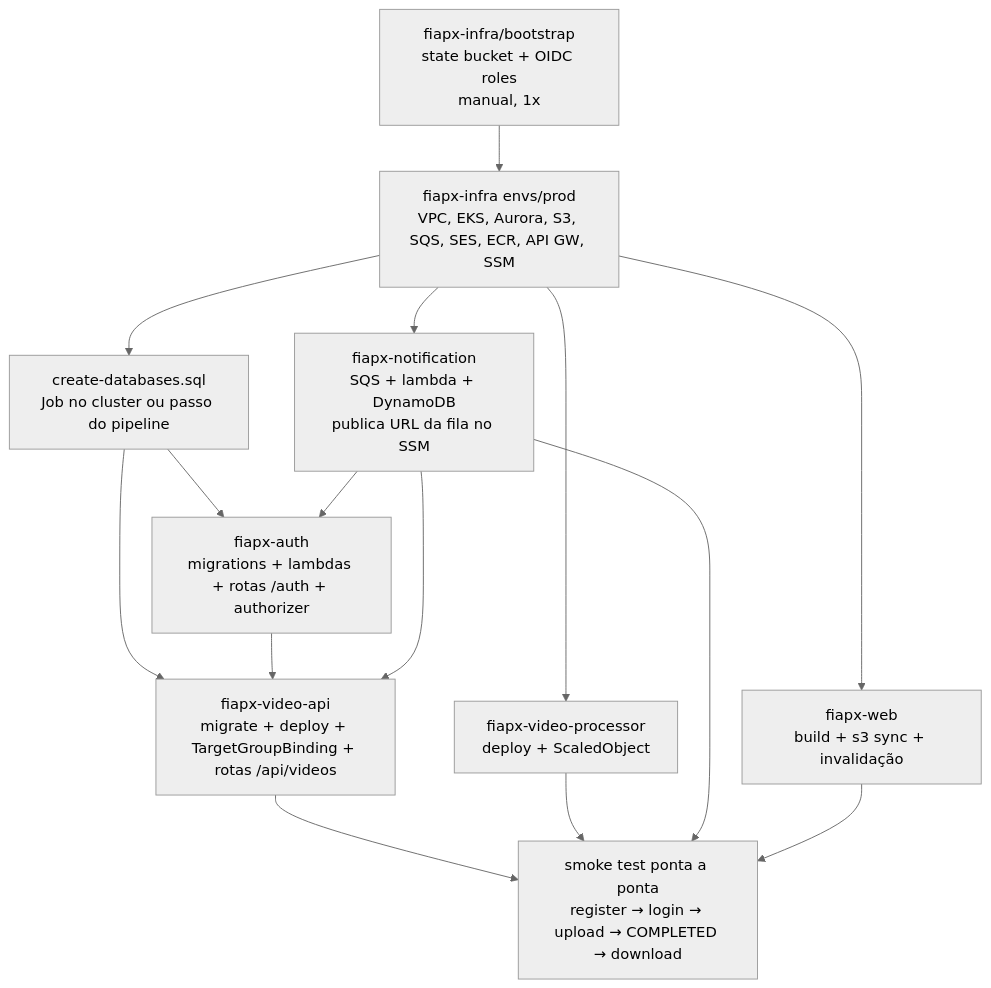
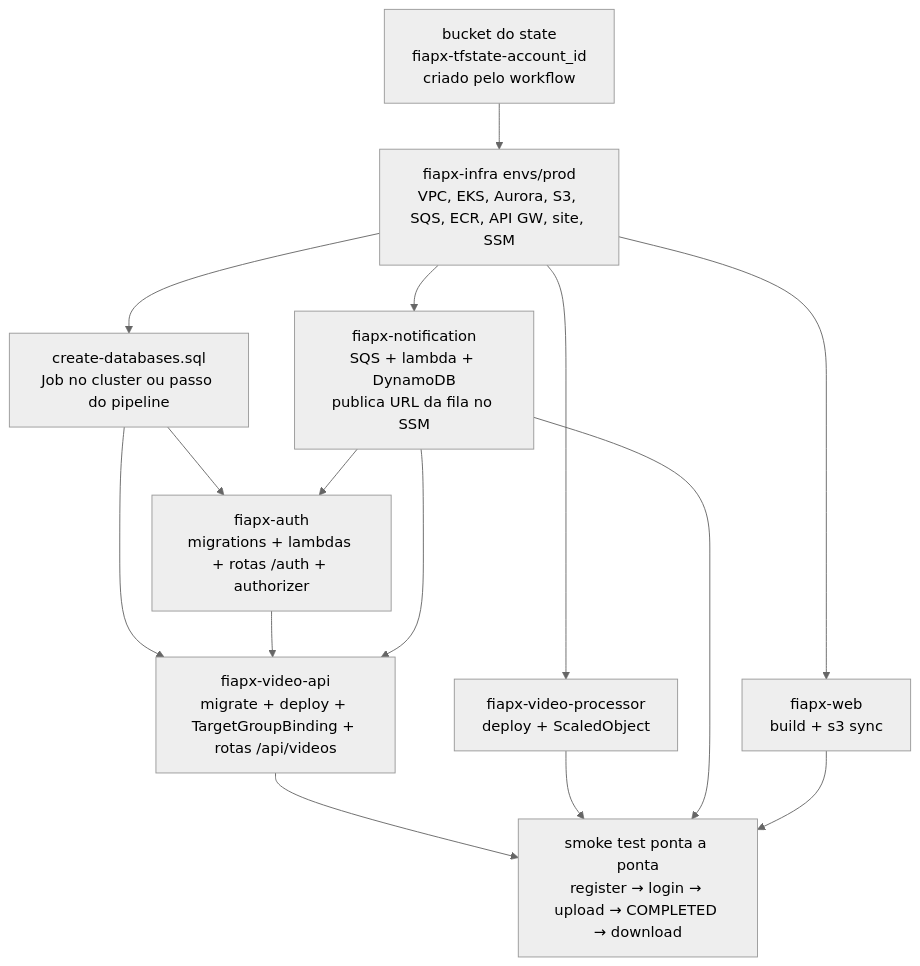
The fifth of 5 diagrams in 00-especificacao/Projeto-hackton.md (hackathon-fiap-soat/fiapx-docs), drawn with Mermaid (neutral theme) before and after one commit. The commit also changed other lines of this file and 59 other files, not shown here.

````diff
--- a/00-especificacao/Projeto-hackton.md
+++ b/00-especificacao/Projeto-hackton.md
@@ -938,17 +951,17 @@
 ```mermaid
 flowchart TD
-  B[fiapx-infra/bootstrap<br/>state bucket + OIDC roles<br/>manual, 1x] --> I[fiapx-infra envs/prod<br/>VPC, EKS, Aurora, S3, SQS, SES, ECR, API GW, SSM]
+  B[bucket do state<br/>fiapx-tfstate-account_id<br/>criado pelo workflow] --> I[fiapx-infra envs/prod<br/>VPC, EKS, Aurora, S3, SQS, ECR, API GW, site, SSM]
   I --> SQL[create-databases.sql<br/>Job no cluster ou passo do pipeline]
   SQL --> AUTH[fiapx-auth<br/>migrations + lambdas + rotas /auth + authorizer]
   SQL --> API[fiapx-video-api<br/>migrate + deploy + TargetGroupBinding + rotas /api/videos]
   AUTH --> API
   I --> PROC[fiapx-video-processor<br/>deploy + ScaledObject]
   I --> NOTIF[fiapx-notification<br/>SQS + lambda + DynamoDB<br/>publica URL da fila no SSM]
   NOTIF --> API
   NOTIF --> AUTH
-  I --> WEB[fiapx-web<br/>build + s3 sync + invalidação]
+  I --> WEB[fiapx-web<br/>build + s3 sync]
   API --> E2E[smoke test ponta a ponta<br/>register → login → upload → COMPLETED → download]
   PROC --> E2E
   NOTIF --> E2E
   WEB --> E2E
 ```
````
